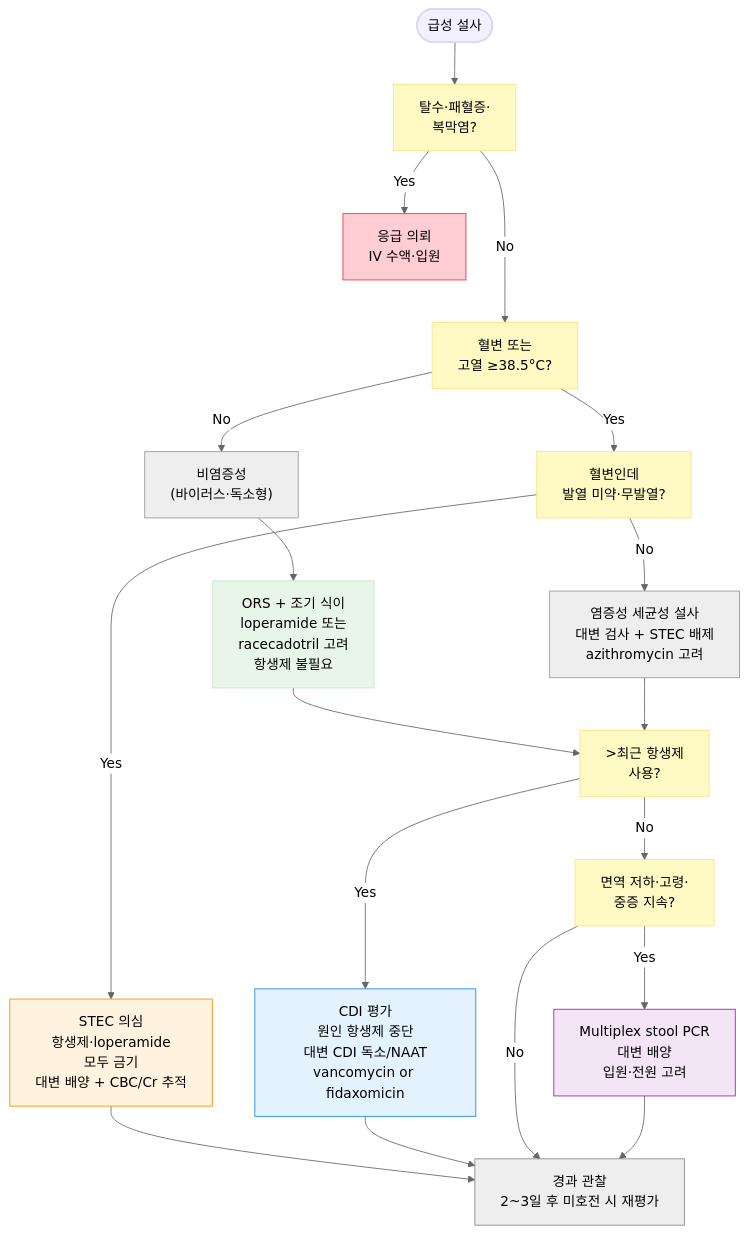
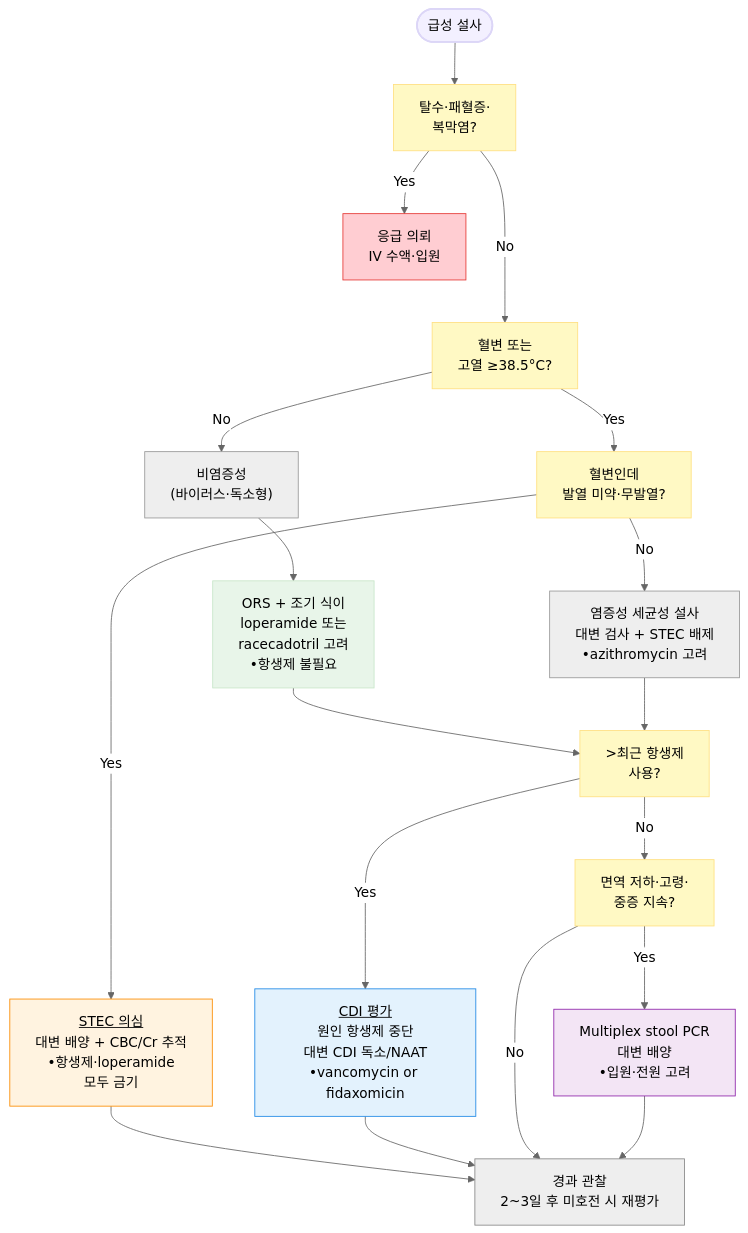
Before and after one commit to familyoh77/familyoh77: the diagram in 224_/083_-acute-diarrhea.md, drawn with Mermaid (neutral theme). The commit also changed other lines of this file, not shown here.

````diff
--- a/224_/083_-acute-diarrhea.md
+++ b/224_/083_-acute-diarrhea.md
@@ -127,52 +127,52 @@
 ```mermaid
 graph TD
     Start(["급성 설사"])
 
     S1["탈수·패혈증·<br/>복막염?"]
     Emergency["응급 의뢰<br/>IV 수액·입원"]
 
     S2["혈변 또는<br/>고열 ≥38.5°C?"]
 
     NonInfl["비염증성<br/>(바이러스·독소형)"]
-    NonInflTx["ORS + 조기 식이<br/>loperamide 또는<br/>racecadotril 고려<br/>항생제 불필요"]
+    NonInflTx["ORS + 조기 식이<br/>loperamide 또는<br/>racecadotril 고려<br/>•항생제 불필요"]
 
     STECq["혈변인데<br/>발열 미약·무발열?"]
-    STEC["STEC 의심<br/>항생제·loperamide<br/>모두 금기<br/>대변 배양 + CBC/Cr 추적"]
-    Infl["염증성 세균성 설사<br/>대변 검사 + STEC 배제<br/>azithromycin 고려"]
+    STEC["<u>STEC 의심</u><br/>대변 배양 + CBC/Cr 추적<br/>•항생제·loperamide<br/>모두 금기"]
+    Infl["염증성 세균성 설사<br/>대변 검사 + STEC 배제<br/>•azithromycin 고려"]
 
     S3[">최근 항생제<br/>사용?"]
-    CDI["CDI 평가<br/>원인 항생제 중단<br/>대변 CDI 독소/NAAT<br/>vancomycin or fidaxomicin"]
+    CDI["<u>CDI 평가</u><br/>원인 항생제 중단<br/>대변 CDI 독소/NAAT<br/>•vancomycin or fidaxomicin"]
 
     S4["면역 저하·고령·<br/>중증 지속?"]
-    HighRisk["Multiplex stool PCR<br/>대변 배양<br/>입원·전원 고려"]
+    HighRisk["Multiplex stool PCR<br/>대변 배양<br/>•입원·전원 고려"]
     FU["경과 관찰<br/>2~3일 후 미호전 시 재평가"]
 
     Start --> S1
     S1 -->|Yes| Emergency
     S1 --->|No| S2
     S2 -->|No| NonInfl
     NonInfl --> NonInflTx
     S2 -->|Yes| STECq
     STECq -->|Yes| STEC
     STECq -->|No| Infl
     NonInflTx --> S3
     Infl --> S3
     STEC --> FU
     S3 -->|Yes| CDI
     S3 -->|No| S4
     CDI --> FU
     S4 -->|Yes| HighRisk
     S4 -->|No| FU
     HighRisk --> FU
 
 style Start fill:#eeeeee,stroke:#888888,stroke-width:2px
  classDef yellow fill:#fff9c4,stroke:#ffe082
  class S1,S2,S3,S4,STECq yellow
     style Emergency fill:#ffcdd2,stroke:#e53935
     style STEC fill:#fff3e0,stroke:#fb8c00
     style CDI fill:#e3f2fd,stroke:#1e88e5
     style HighRisk fill:#f3e5f5,stroke:#8e24aa
     style Start fill:#f3f0ff,stroke:#dcd6f7
     style NonInflTx fill:#e8f5e9,stroke:#c8e6c9
     style FU fill:#eeeeee,stroke:#888888
 ```
````
